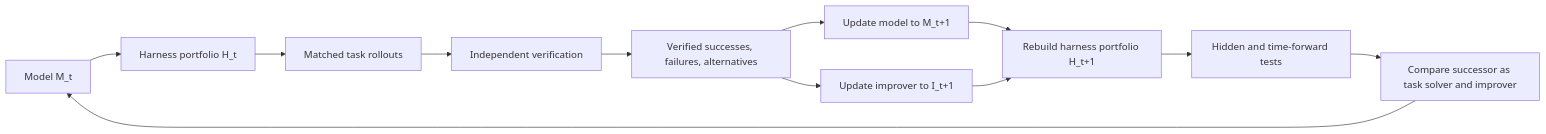
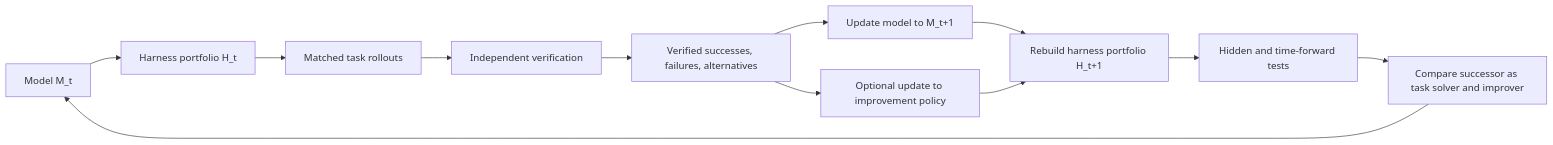
One commit to Cherish0925/BeforeRSI changed the second of 2 diagrams in MAP.md. Above: the diagram before and after it, drawn with Mermaid. The commit also changed other lines of this file and 17 other files, not shown here.

````diff
--- a/MAP.md
+++ b/MAP.md
@@ -193,14 +193,14 @@
 ```mermaid
 flowchart LR
     M0[Model M_t] --> H0[Harness portfolio H_t]
     H0 --> R[Matched task rollouts]
     R --> V[Independent verification]
     V --> D[Verified successes, failures, alternatives]
     D --> M1[Update model to M_t+1]
-    D --> I1[Update improver to I_t+1]
+    D --> I1[Optional update to improvement policy]
     M1 --> H1[Rebuild harness portfolio H_t+1]
     I1 --> H1
     H1 --> Q[Hidden and time-forward tests]
     Q --> G[Compare successor as task solver and improver]
     G --> M0
 ```
````
